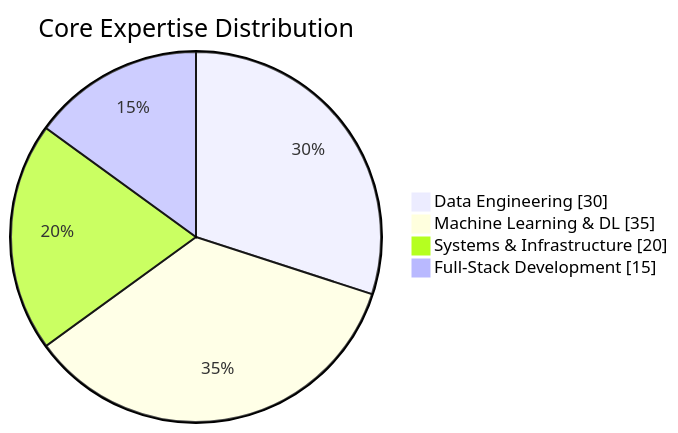
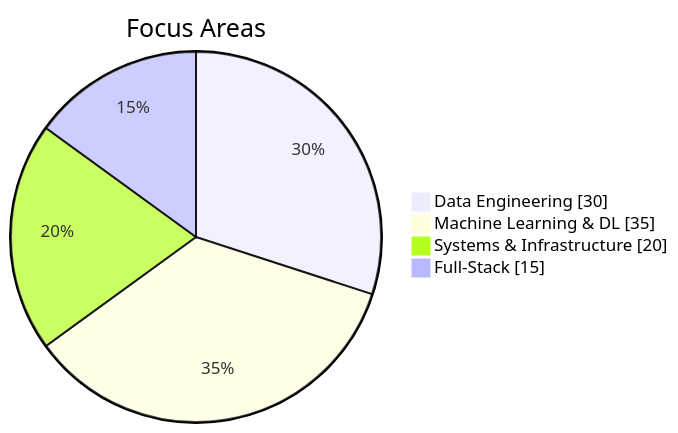
One commit to Quantumquirkz/Quantumquirkz changed the diagram in README.md. Above: the diagram before and after it, drawn with Mermaid. The commit also changed other lines of this file, not shown here.

````diff
--- a/README.md
+++ b/README.md
@@ -79,8 +54,8 @@
 ```mermaid
 pie showData
-    title Core Expertise Distribution
+    title Focus Areas
     "Data Engineering" : 30
     "Machine Learning & DL" : 35
     "Systems & Infrastructure" : 20
-    "Full-Stack Development" : 15
+    "Full-Stack" : 15
 ```
````
